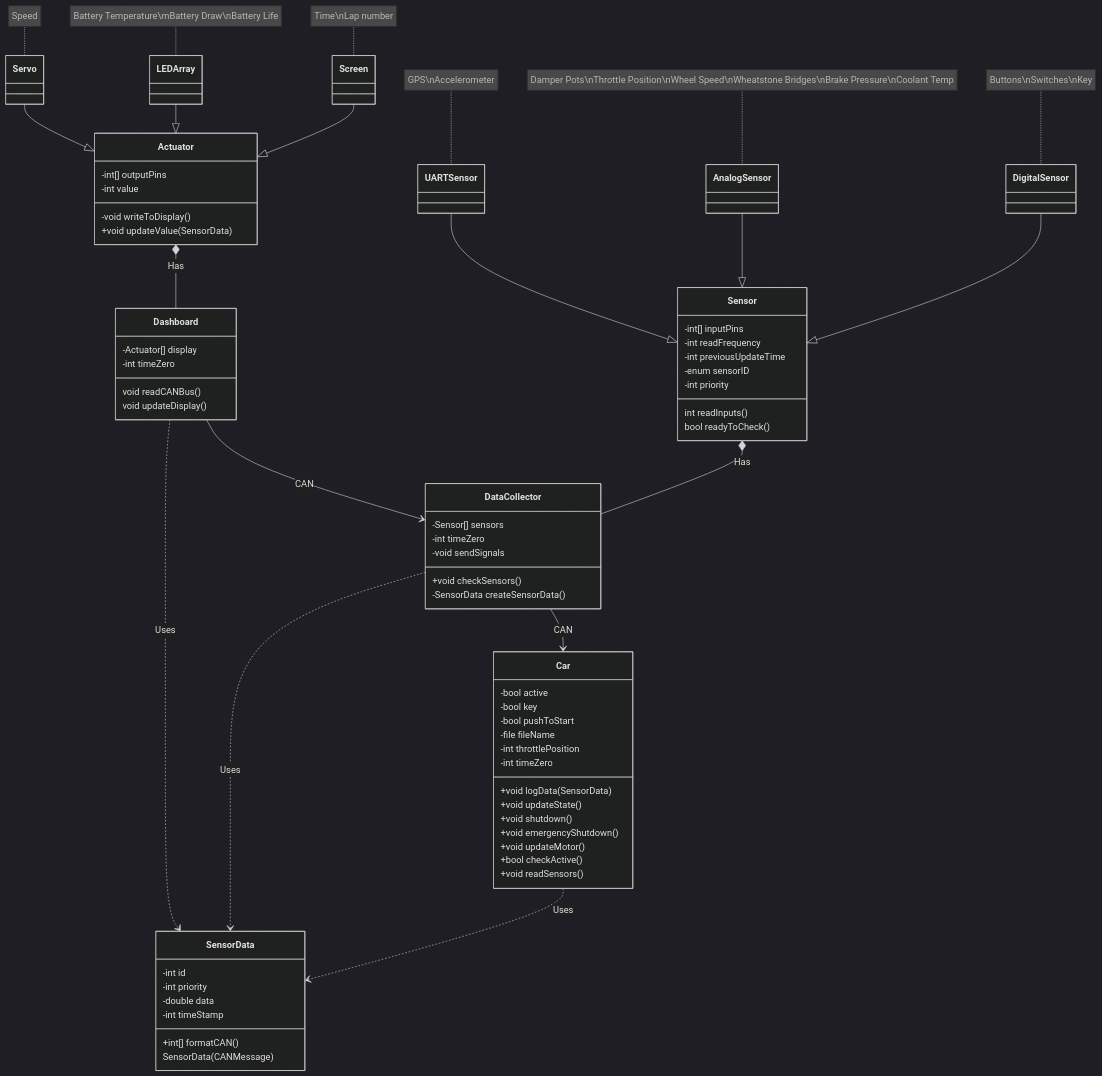
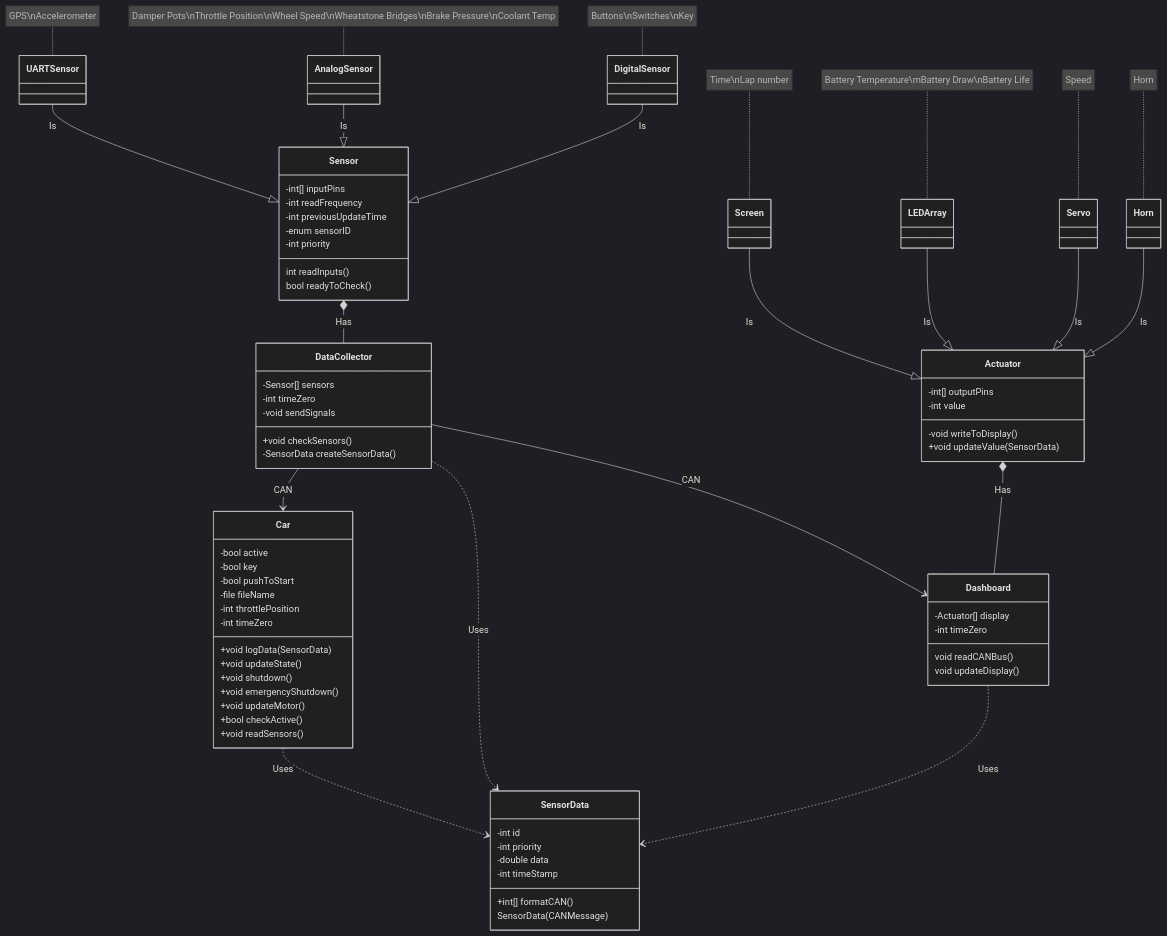
One commit to BYU-Racing/car_software changed the diagram in CarUML_v1.0.md. Above: the diagram before and after it, drawn with Mermaid (dark theme). The commit also changed other lines of this file, not shown here.

Commit message:
add is-a relationships

````diff
--- a/CarUML_v1.0.md
+++ b/CarUML_v1.0.md
@@ -10,76 +11,78 @@
 ```mermaid
 classDiagram
 
     class Sensor
     Sensor : -int[] inputPins
     Sensor : -int readFrequency
     Sensor : -int previousUpdateTime
     Sensor : -enum sensorID 
     Sensor : -int priority
     Sensor : int readInputs()
     Sensor : bool readyToCheck()
-    UARTSensor --|> Sensor 
+    UARTSensor --|> Sensor : Is
     note for UARTSensor "GPS\nAccelerometer"
-    AnalogSensor --|> Sensor
+    AnalogSensor --|> Sensor : Is
     note for AnalogSensor "Damper Pots\nThrottle Position\nWheel Speed\nWheatstone Bridges\nBrake Pressure\nCoolant Temp"
-    DigitalSensor --|> Sensor
+    DigitalSensor --|> Sensor : Is
     note for DigitalSensor "Buttons\nSwitches\nKey"
 
     class Actuator
     Actuator : -int[] outputPins
     Actuator : -int value
     Actuator : -void writeToDisplay()
     Actuator : +void updateValue(SensorData)
-    Screen --|> Actuator
+    Screen --|> Actuator : Is
     note for Screen "Time\nLap number"
-    LEDArray --|> Actuator
+    LEDArray --|> Actuator : Is
     note for LEDArray "Battery Temperature\mBattery Draw\nBattery Life"
-    Servo --|> Actuator
+    Servo --|> Actuator : Is
     note for Servo "Speed"
+    Horn --|> Actuator : Is
+    note for Horn "Horn"
 
     class SensorData
     SensorData : -int id
     SensorData : -int priority
     SensorData : -double data
     SensorData : -int timeStamp
     SensorData : +int[] formatCAN()
     SensorData : SensorData(CANMessage)
 
     class Dashboard
     Dashboard : -Actuator[] display
     Dashboard : -int timeZero
     Dashboard : void readCANBus()
     Dashboard : void updateDisplay()
 
     class DataCollector
     DataCollector : -Sensor[] sensors
     DataCollector : -int timeZero
     DataCollector : +void checkSensors()
     DataCollector : -void sendSignals
     DataCollector : -SensorData createSensorData()
 
     class Car
     Car : -bool active
     Car : -bool key
     Car : -bool pushToStart
     Car : -file fileName
     Car : -int throttlePosition
     Car : -int timeZero
     Car : +void logData(SensorData)
     Car : +void updateState()
     Car : +void shutdown()
     Car : +void emergencyShutdown()
     Car : +void updateMotor()
     Car : +bool checkActive()
     Car : +void readSensors()
 
     DataCollector --> Car : CAN
-    Dashboard --> DataCollector : CAN
+    DataCollector --> Dashboard : CAN
 
     Car ..> SensorData : Uses
     DataCollector ..> SensorData : Uses
     Dashboard ..> SensorData : Uses
 
     Sensor *-- DataCollector : Has
     Actuator *-- Dashboard : Has
 ```
````
